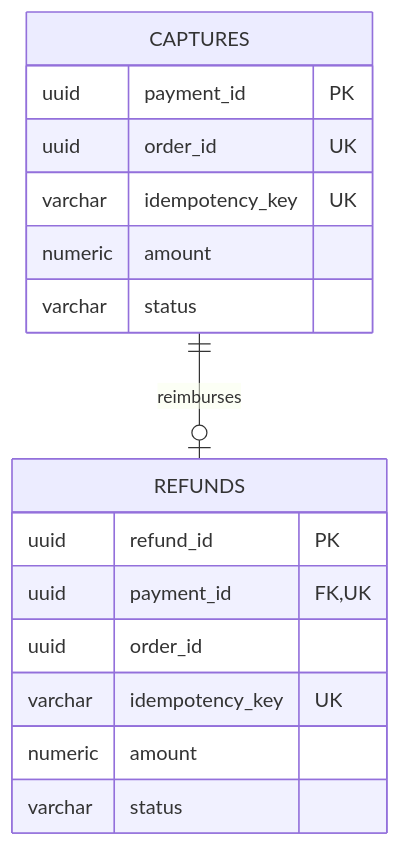
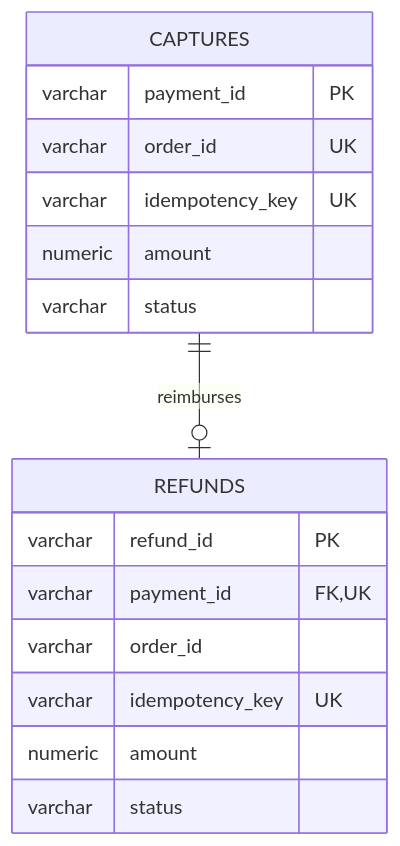
The third of 3 diagrams in docs/architecture/15-database-design.md (nguyenthihuyenlinh236/SE2026-T02-Resilient-Order-Workflow), drawn with Mermaid before and after one commit. The commit also changed other lines of this file, not shown here.

````diff
--- a/docs/architecture/15-database-design.md
+++ b/docs/architecture/15-database-design.md
@@ -293,19 +295,19 @@
 ```mermaid
 erDiagram
     CAPTURES ||--o| REFUNDS : reimburses
     CAPTURES {
-        uuid payment_id PK
-        uuid order_id UK
+        varchar payment_id PK
+        varchar order_id UK
         varchar idempotency_key UK
         numeric amount
         varchar status
     }
     REFUNDS {
-        uuid refund_id PK
-        uuid payment_id FK,UK
-        uuid order_id
+        varchar refund_id PK
+        varchar payment_id FK,UK
+        varchar order_id
         varchar idempotency_key UK
         numeric amount
         varchar status
     }
 ```
````
